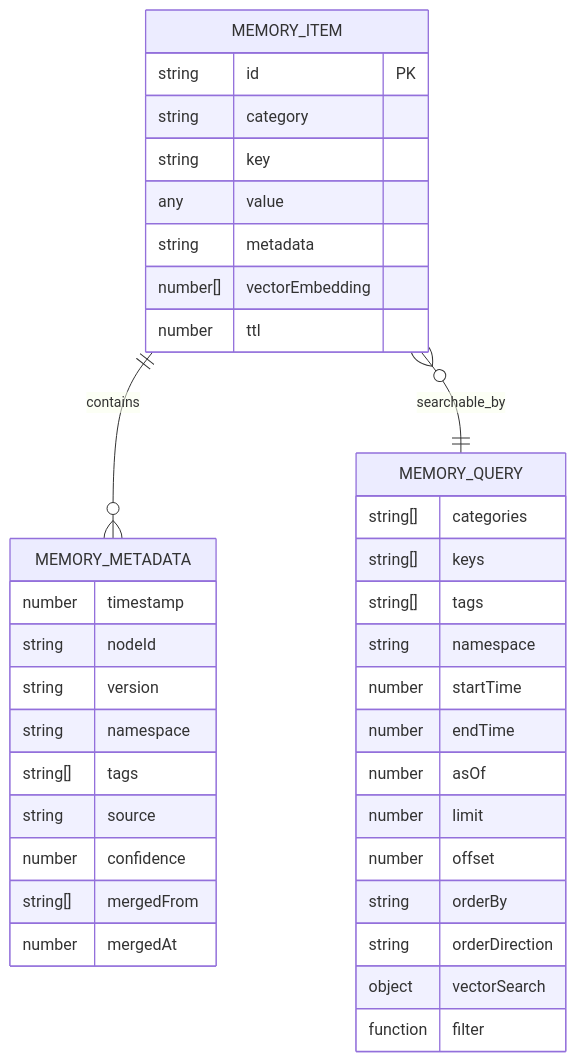
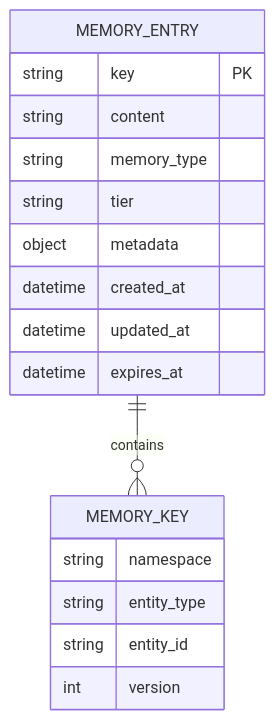
The first of 7 diagrams in .qoder/repowiki/en/content/Memory System/Memory System.md (fenghaitao/claude-flow), drawn with Mermaid before and after one commit. The commit also changed other lines of this file and 12 other files, not shown here.

````diff
--- a/.qoder/repowiki/en/content/Memory System/Memory System.md
+++ b/.qoder/repowiki/en/content/Memory System/Memory System.md
@@ -49,40 +56,20 @@
 ```mermaid
 erDiagram
-MEMORY_ITEM {
-string id PK
-string category
-string key
-any value
-string metadata
-number[] vectorEmbedding
-number ttl
+MEMORY_ENTRY {
+string key PK
+string content
+string memory_type
+string tier
+object metadata
+datetime created_at
+datetime updated_at
+datetime expires_at
 }
-MEMORY_METADATA {
-number timestamp
-string nodeId
-string version
+MEMORY_KEY {
 string namespace
-string[] tags
-string source
-number confidence
-string[] mergedFrom
-number mergedAt
+string entity_type
+string entity_id
+int version
 }
-MEMORY_QUERY {
-string[] categories
-string[] keys
-string[] tags
-string namespace
-number startTime
-number endTime
-number asOf
-number limit
-number offset
-string orderBy
-string orderDirection
-object vectorSearch
-function filter
-}
-MEMORY_ITEM ||--o{ MEMORY_METADATA : contains
-MEMORY_ITEM }o--|| MEMORY_QUERY : searchable_by
+MEMORY_ENTRY ||--o{ MEMORY_KEY : contains
 ```
````
